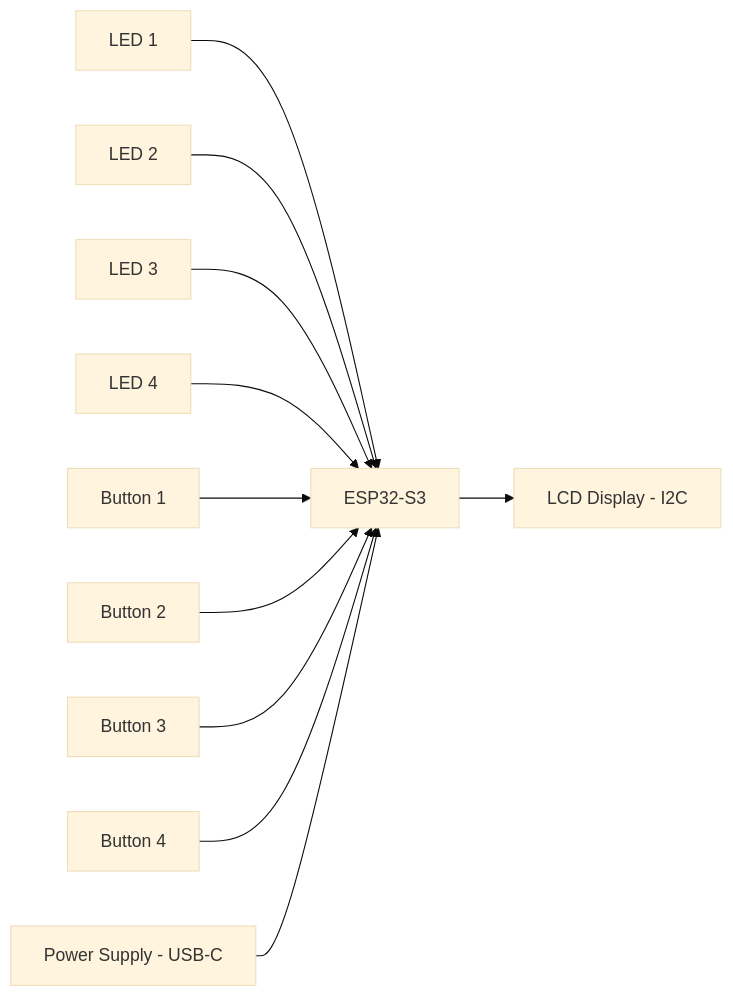
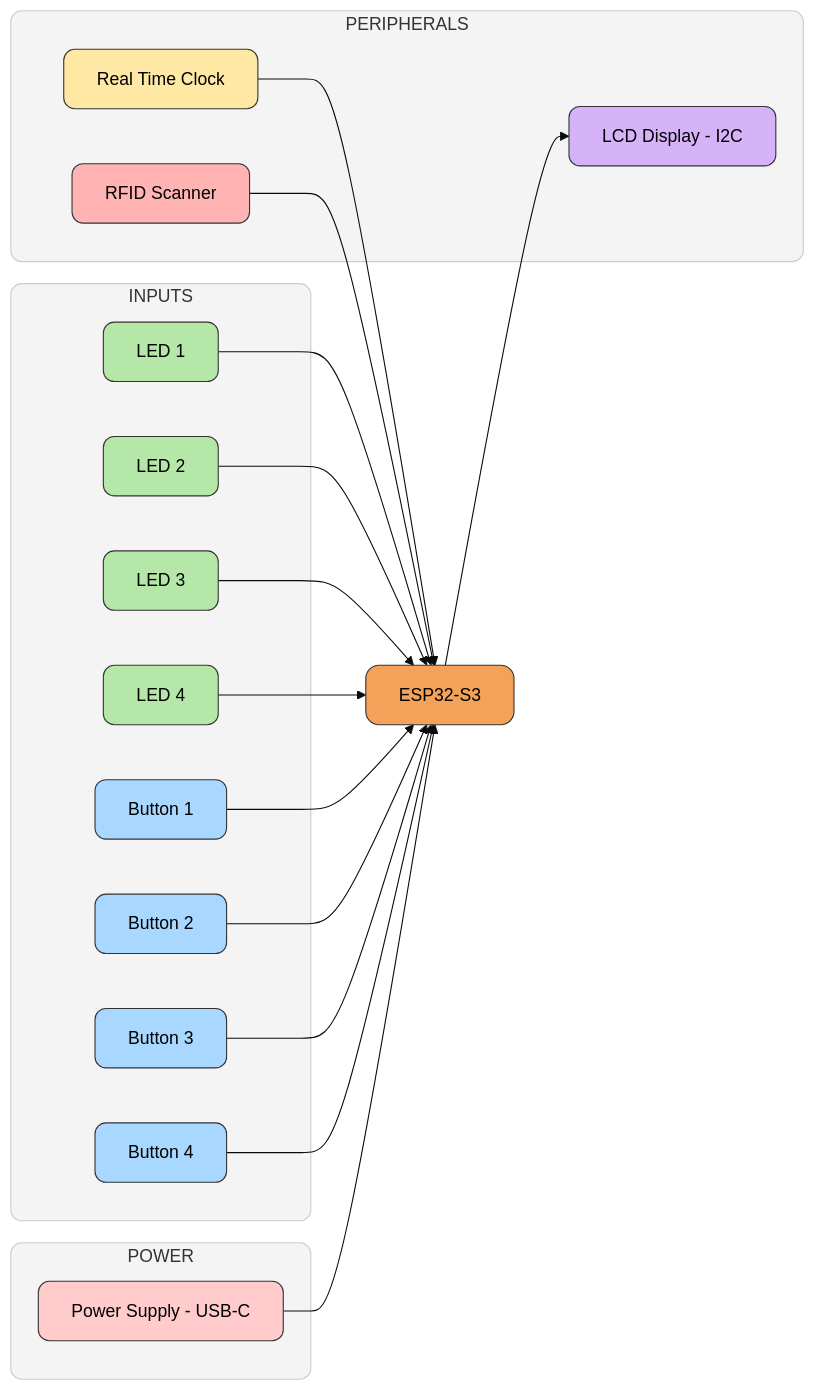
One commit to east-anderson/esp32-simon-game changed the diagram in README.md. Above: the diagram before and after it, drawn with Mermaid (base theme).

````diff
--- a/README.md
+++ b/README.md
@@ -9,30 +9,55 @@
 ```mermaid
 flowchart LR
-    LED1[LED 1]
-    LED2[LED 2]
-    LED3[LED 3]
-    LED4[LED 4]
 
-    BTN1[Button 1]
-    BTN2[Button 2]
-    BTN3[Button 3]
-    BTN4[Button 4]
+    classDef group fill:#f4f4f4,stroke:#cccccc,stroke-width:1px,color:#333,rx:10,ry:10;
+    classDef esp fill:#f4a259,stroke:#333,stroke-width:1px,color:black,rx:12,ry:12;
+    classDef led fill:#b5e8a8,stroke:#333,stroke-width:1px,color:black,rx:10,ry:10;
+    classDef btn fill:#a8d8ff,stroke:#333,stroke-width:1px,color:black,rx:10,ry:10;
+    classDef lcd fill:#d6b3f9,stroke:#333,stroke-width:1px,color:black,rx:10,ry:10;
+    classDef rtc fill:#ffe8a3,stroke:#333,stroke-width:1px,color:black,rx:10,ry:10;
+    classDef rfid fill:#ffb3b3,stroke:#333,stroke-width:1px,color:black,rx:10,ry:10;
+    classDef power fill:#ffcccb,stroke:#333,stroke-width:1px,color:black,rx:10,ry:10;
 
-    ESP[ESP32-S3]
-    LCD[LCD Display - I2C]
-    PWR[Power Supply - USB-C]
+    subgraph INPUTS
+        LED1[LED 1]:::led
+        LED2[LED 2]:::led
+        LED3[LED 3]:::led
+        LED4[LED 4]:::led
+
+        BTN1[Button 1]:::btn
+        BTN2[Button 2]:::btn
+        BTN3[Button 3]:::btn
+        BTN4[Button 4]:::btn
+    end
+    class INPUTS group
+
+    subgraph PERIPHERALS
+        LCD[LCD Display - I2C]:::lcd
+        RTC[Real Time Clock]:::rtc
+        RFID[RFID Scanner]:::rfid
+    end
+    class PERIPHERALS group
+
+    subgraph POWER
+        PWR[Power Supply - USB-C]:::power
+    end
+    class POWER group
+
+    ESP[ESP32-S3]:::esp
 
     LED1 --> ESP
     LED2 --> ESP
     LED3 --> ESP
     LED4 --> ESP
 
     BTN1 --> ESP
     BTN2 --> ESP
     BTN3 --> ESP
     BTN4 --> ESP
 
     ESP --> LCD
+    RTC --> ESP
+    RFID --> ESP
+
     PWR --> ESP
-
 ```
````
